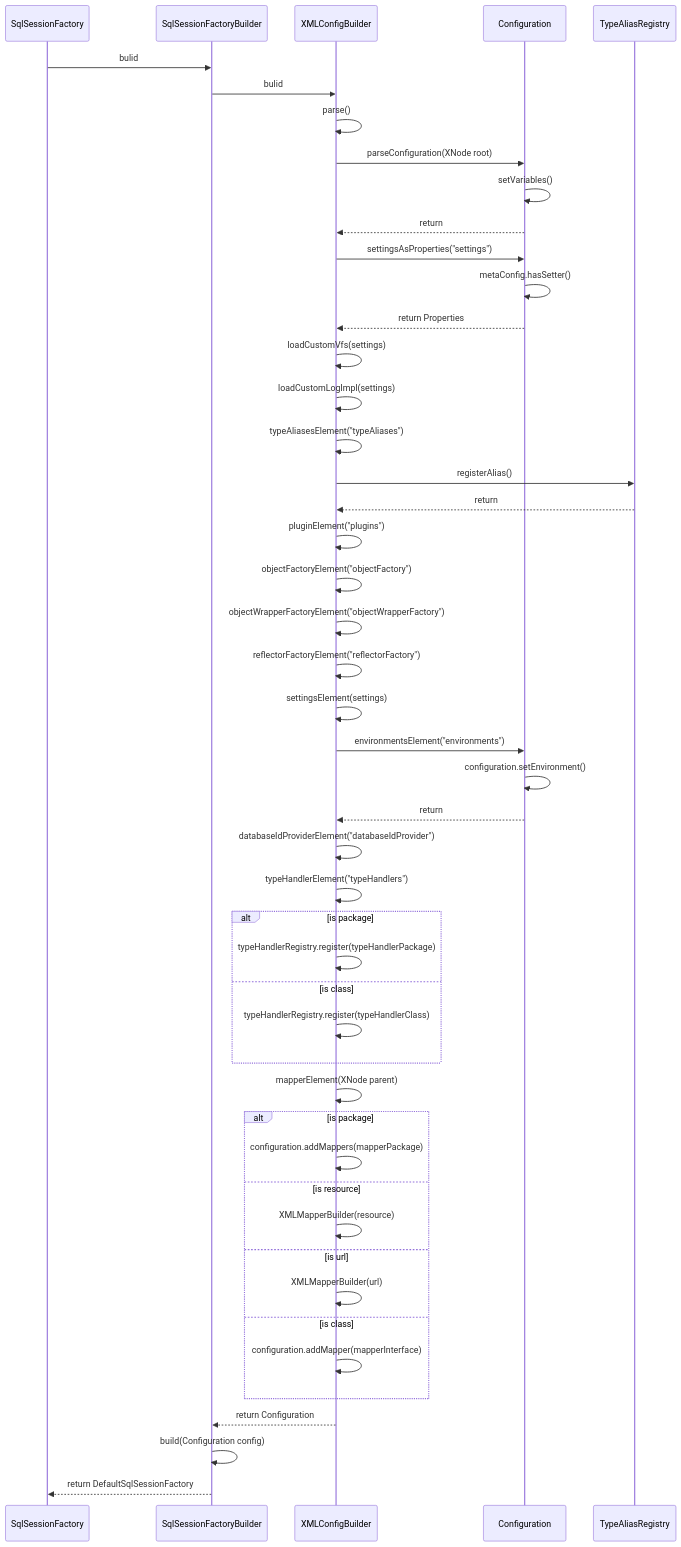
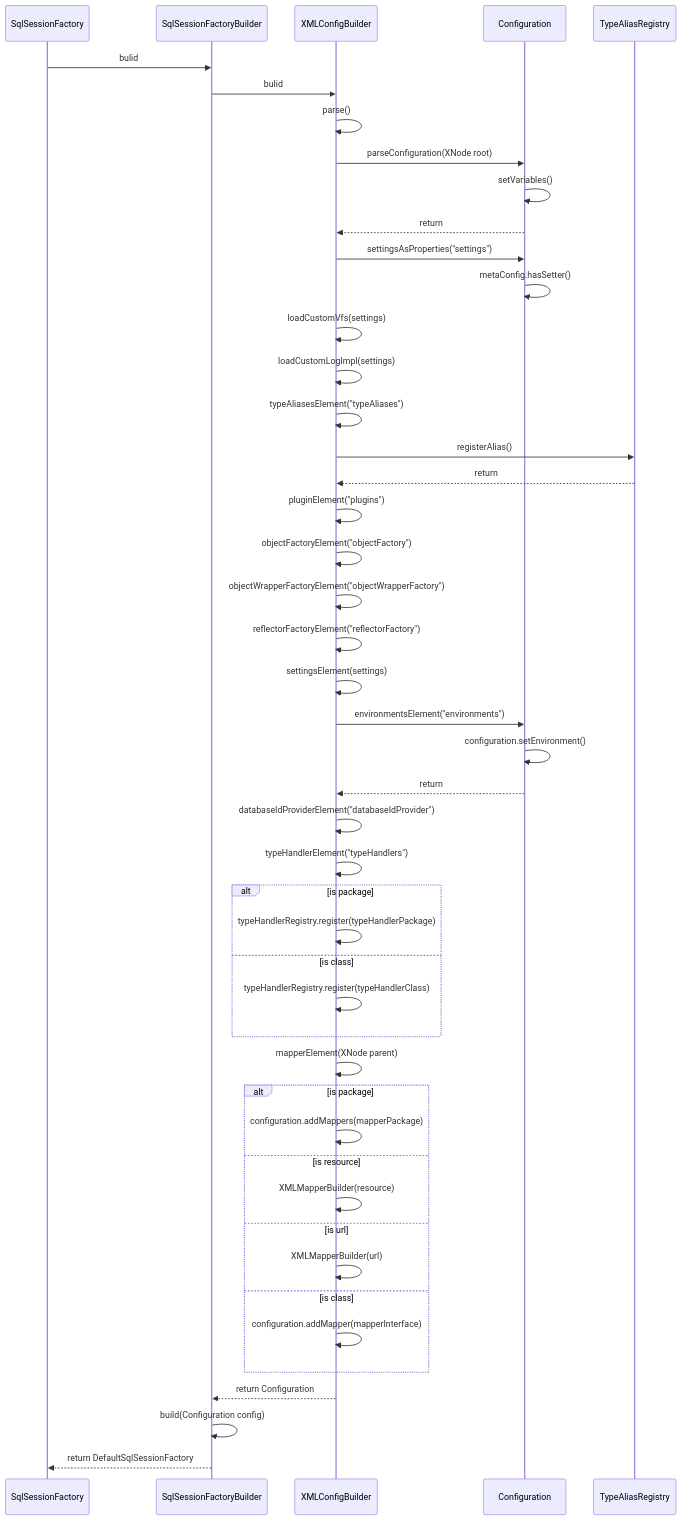
The first of 2 diagrams in _posts/2020-05-02-mybatis-work-theory-2.md (DBruceLee/DBruceLee.github.io), drawn with Mermaid before and after one commit.

Commit message:
mybatis 工作原理

````diff
--- a/_posts/2020-05-02-mybatis-work-theory-2.md
+++ b/_posts/2020-05-02-mybatis-work-theory-2.md
@@ -24,45 +24,44 @@
 ```mermaid
 sequenceDiagram
   SqlSessionFactory->>SqlSessionFactoryBuilder: bulid
   SqlSessionFactoryBuilder->>XMLConfigBuilder: bulid
   XMLConfigBuilder->>XMLConfigBuilder: parse()
   XMLConfigBuilder->>Configuration: parseConfiguration(XNode root)
   Configuration->>Configuration: setVariables()
   Configuration-->>XMLConfigBuilder: return
   XMLConfigBuilder->>Configuration: settingsAsProperties("settings")
   Configuration->>Configuration: metaConfig.hasSetter()
-  Configuration-->>XMLConfigBuilder: return Properties
   XMLConfigBuilder->>XMLConfigBuilder: loadCustomVfs(settings)
   XMLConfigBuilder->>XMLConfigBuilder: loadCustomLogImpl(settings)
   XMLConfigBuilder->>XMLConfigBuilder: typeAliasesElement("typeAliases")
   XMLConfigBuilder->>TypeAliasRegistry: registerAlias() 
   TypeAliasRegistry-->>XMLConfigBuilder: return
   XMLConfigBuilder->>XMLConfigBuilder: pluginElement("plugins")
   XMLConfigBuilder->>XMLConfigBuilder: objectFactoryElement("objectFactory")
   XMLConfigBuilder->>XMLConfigBuilder: objectWrapperFactoryElement("objectWrapperFactory")
   XMLConfigBuilder->>XMLConfigBuilder: reflectorFactoryElement("reflectorFactory")
   XMLConfigBuilder->>XMLConfigBuilder: settingsElement(settings)
   XMLConfigBuilder->>Configuration: environmentsElement("environments")
   Configuration->>Configuration: configuration.setEnvironment()
   Configuration-->>XMLConfigBuilder: return
  XMLConfigBuilder->>XMLConfigBuilder: databaseIdProviderElement("databaseIdProvider")
  XMLConfigBuilder->>XMLConfigBuilder: typeHandlerElement("typeHandlers")
  alt is package
  XMLConfigBuilder->>XMLConfigBuilder: typeHandlerRegistry.register(typeHandlerPackage)
  else is class
  XMLConfigBuilder->>XMLConfigBuilder: typeHandlerRegistry.register(typeHandlerClass)
  end
  XMLConfigBuilder->>XMLConfigBuilder: mapperElement(XNode parent)
  alt is package
  XMLConfigBuilder->>XMLConfigBuilder: configuration.addMappers(mapperPackage)
  else is resource
  XMLConfigBuilder->>XMLConfigBuilder: XMLMapperBuilder(resource) 
  else is url
  XMLConfigBuilder->>XMLConfigBuilder: XMLMapperBuilder(url) 
  else is class
  XMLConfigBuilder->>XMLConfigBuilder: configuration.addMapper(mapperInterface)
  end
  XMLConfigBuilder-->>SqlSessionFactoryBuilder: return Configuration
  SqlSessionFactoryBuilder->>SqlSessionFactoryBuilder: build(Configuration config)
  SqlSessionFactoryBuilder-->>SqlSessionFactory: return DefaultSqlSessionFactory
 ```
````
